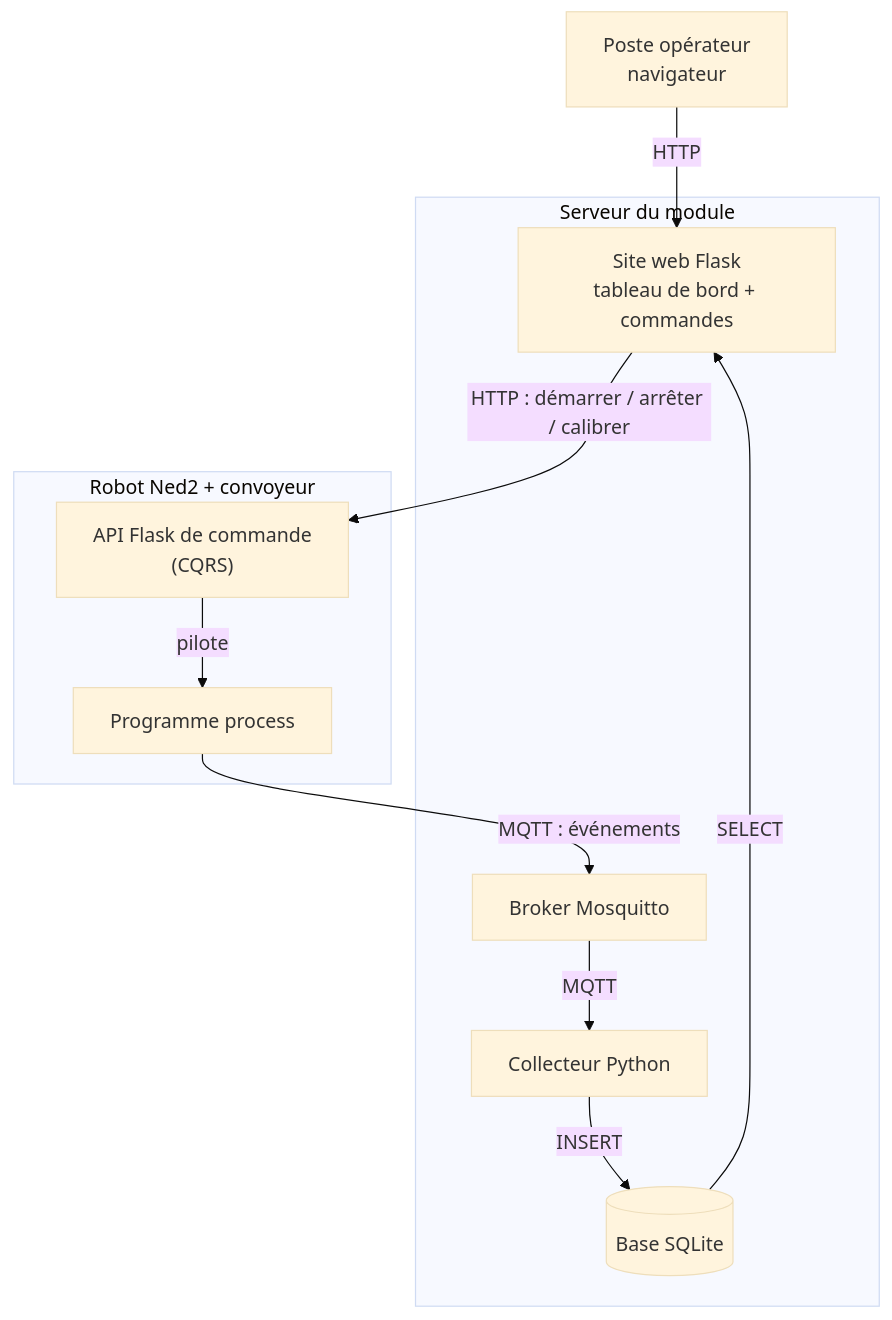
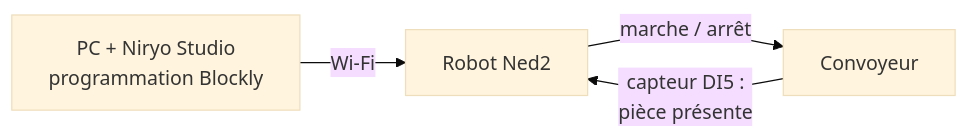
Before and after one commit to fabrice1618/niryo2: the first of 6 diagrams in README.md, drawn with Mermaid (base theme). The commit also changed other lines of this file and 3 other files, not shown here.

First line of the commit message:
README progressif et schéma d'architecture complété

````diff
--- a/README.md
+++ b/README.md
@@ -58,22 +20,6 @@
 ```mermaid
-flowchart TB
-    OP["Poste opérateur<br/>navigateur"]
-    subgraph SRV["Serveur du module"]
-        BROKER["Broker Mosquitto"]
-        COLL["Collecteur Python"]
-        DB[("Base SQLite")]
-        WEB["Site web Flask<br/>tableau de bord + commandes"]
-    end
-    subgraph ROBOT["Robot Ned2 + convoyeur"]
-        PROC["Programme process"]
-        API["API Flask de commande<br/>(CQRS)"]
-    end
-
-    PROC -- "MQTT : événements" --> BROKER
-    BROKER -- "MQTT" --> COLL
-    COLL -- "INSERT" --> DB
-    DB -- "SELECT" --> WEB
-    OP -- "HTTP" --> WEB
-    WEB -- "HTTP : démarrer / arrêter / calibrer" --> API
-    API -- "pilote" --> PROC
+flowchart LR
+    PC["PC + Niryo Studio<br/>programmation Blockly"] -- "Wi-Fi" --> R["Robot Ned2"]
+    R -- "marche / arrêt" --> CV["Convoyeur"]
+    CV -- "capteur DI5 :<br/>pièce présente" --> R
 ```
````
